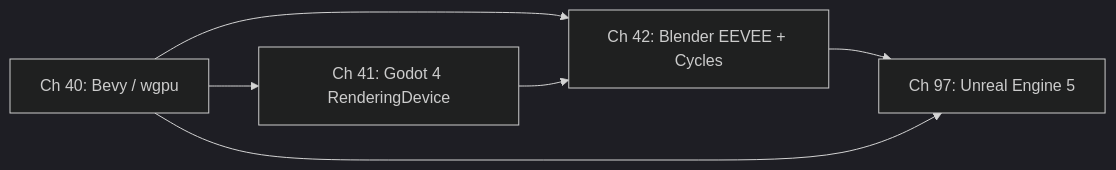
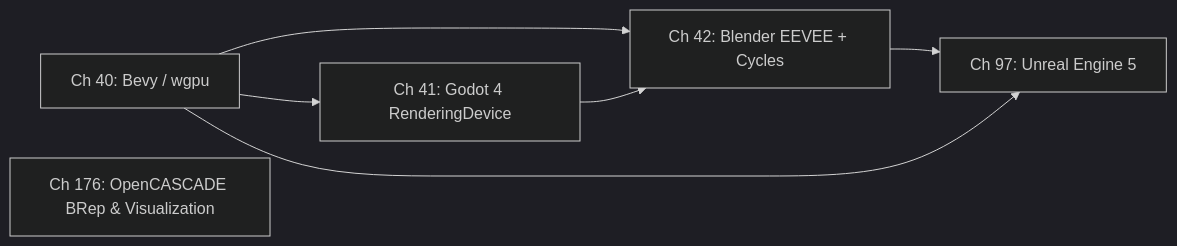
The diagram in chapters/part-11-engine-creative-tools/part-intro.md (jreuben11/linux-graphics-stack-book), drawn with Mermaid (dark theme) before and after one commit. The commit also changed other lines of this file and 9 other files, not shown here.

````diff
--- a/chapters/part-11-engine-creative-tools/part-intro.md
+++ b/chapters/part-11-engine-creative-tools/part-intro.md
@@ -27,8 +29,9 @@
 ```mermaid
 graph LR
     A[Ch 40: Bevy / wgpu] --> B[Ch 41: Godot 4 RenderingDevice]
     A --> C[Ch 42: Blender EEVEE + Cycles]
     B --> C
     C --> D[Ch 97: Unreal Engine 5]
     A --> D
+    E[Ch 176: OpenCASCADE BRep & Visualization]
 ```
````
